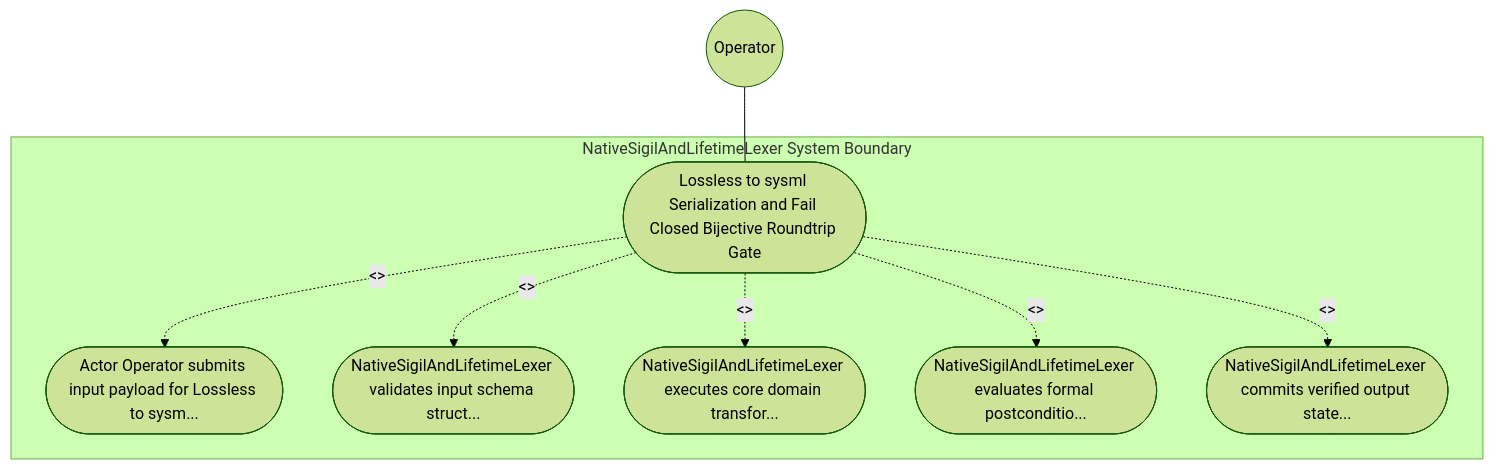
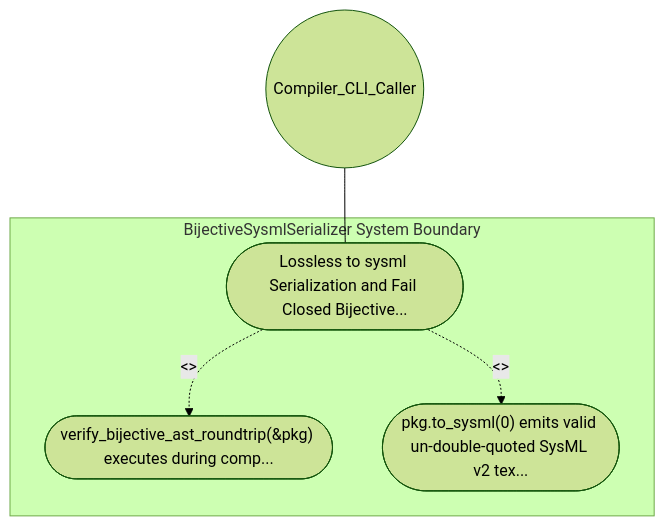
Before and after one commit to gintatkinson/DEAP01-spec-core: the diagram in .pipeline/upstream/docs/use-cases/UC-14-Lossless_to_sysml_Serialization_and_Fail_Closed_Bijective_Roundtrip_Gate.md, drawn with Mermaid (forest theme). The commit also changed other lines of this file and 213 other files, not shown here.

````diff
--- a/.pipeline/upstream/docs/use-cases/UC-14-Lossless_to_sysml_Serialization_and_Fail_Closed_Bijective_Roundtrip_Gate.md
+++ b/.pipeline/upstream/docs/use-cases/UC-14-Lossless_to_sysml_Serialization_and_Fail_Closed_Bijective_Roundtrip_Gate.md
@@ -16,17 +16,11 @@
 ```mermaid
 graph TD
-    subgraph "NativeSigilAndLifetimeLexer System Boundary"
-        UC_Main(["Lossless to sysml Serialization and Fail Closed Bijective Roundtrip Gate"])
-        UC_Step01(["Actor Operator submits input payload for Lossless to sysm..."])
-        UC_Step02(["NativeSigilAndLifetimeLexer validates input schema struct..."])
-        UC_Step03(["NativeSigilAndLifetimeLexer executes core domain transfor..."])
-        UC_Step04(["NativeSigilAndLifetimeLexer evaluates formal postconditio..."])
-        UC_Step05(["NativeSigilAndLifetimeLexer commits verified output state..."])
+    subgraph "BijectiveSysmlSerializer System Boundary"
+        UC_Main(["Lossless to sysml Serialization and Fail Closed Bijective..."])
+        UC_Step01(["verify_bijective_ast_roundtrip(&pkg) executes during comp..."])
+        UC_Step02(["pkg.to_sysml(0) emits valid un-double-quoted SysML v2 tex..."])
     end
-    Operator(("Operator")) --- UC_Main
+    Compiler_CLI_Caller(("Compiler_CLI_Caller")) --- UC_Main
     UC_Main -. "<<include>>" .-> UC_Step01
     UC_Main -. "<<include>>" .-> UC_Step02
-    UC_Main -. "<<include>>" .-> UC_Step03
-    UC_Main -. "<<include>>" .-> UC_Step04
-    UC_Main -. "<<include>>" .-> UC_Step05
 ```
````
